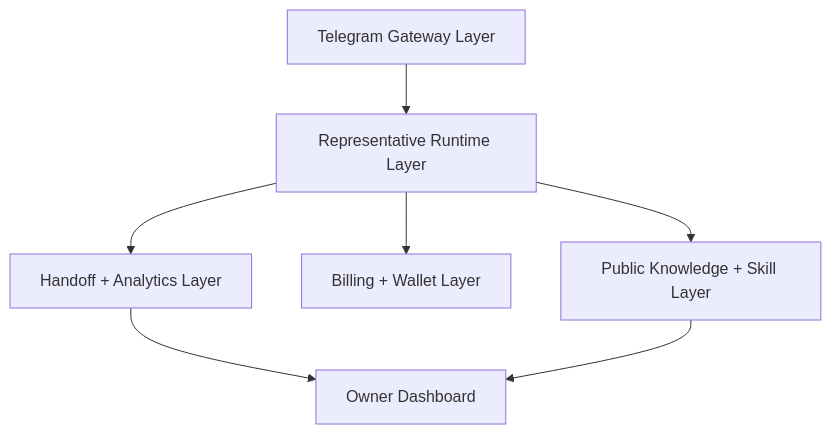
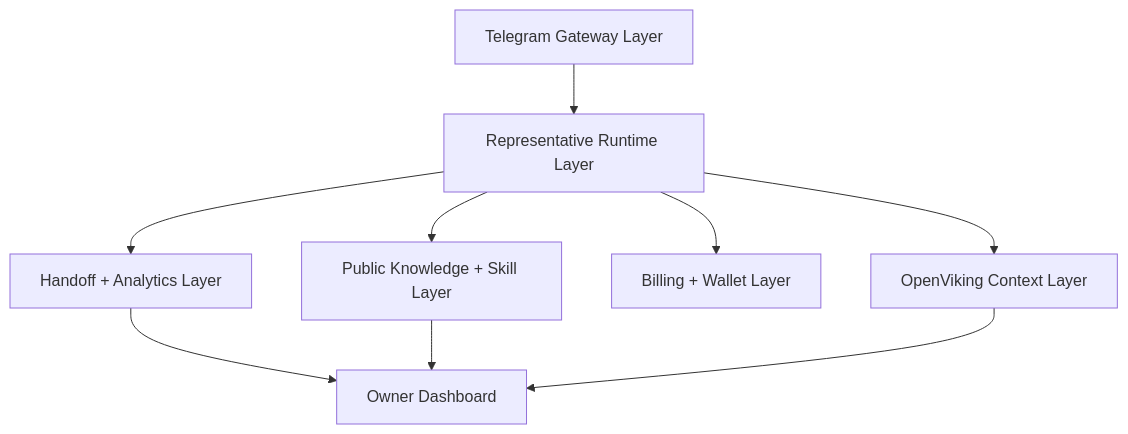
One commit to kuibu/Delegate changed the diagram in docs/architecture.md. Above: the diagram before and after it, drawn with Mermaid. The commit also changed other lines of this file and 49 other files, not shown here.

Commit message:
Integrate OpenViking and redesign public surfaces

````diff
--- a/docs/architecture.md
+++ b/docs/architecture.md
@@ -40,9 +40,11 @@
 ```mermaid
 flowchart TD
     TG["Telegram Gateway Layer"] --> RT["Representative Runtime Layer"]
     RT --> KG["Public Knowledge + Skill Layer"]
+    RT --> MEM["OpenViking Context Layer"]
     RT --> BILL["Billing + Wallet Layer"]
     RT --> HAND["Handoff + Analytics Layer"]
     HAND --> WEB["Owner Dashboard"]
     KG --> WEB
+    MEM --> WEB
 ```
````
